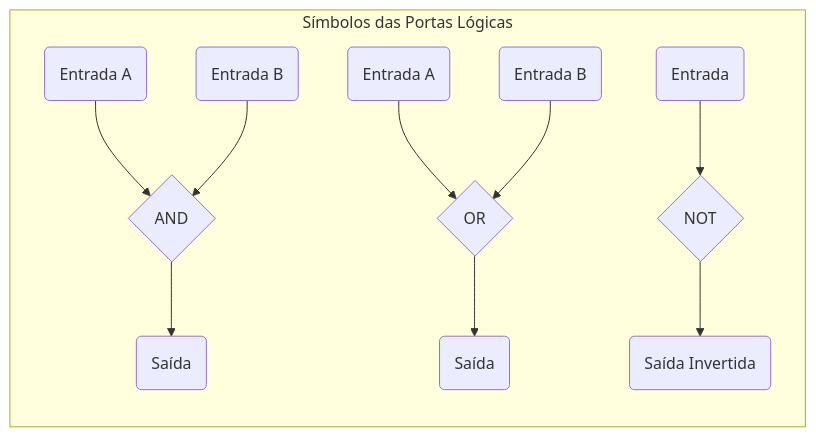
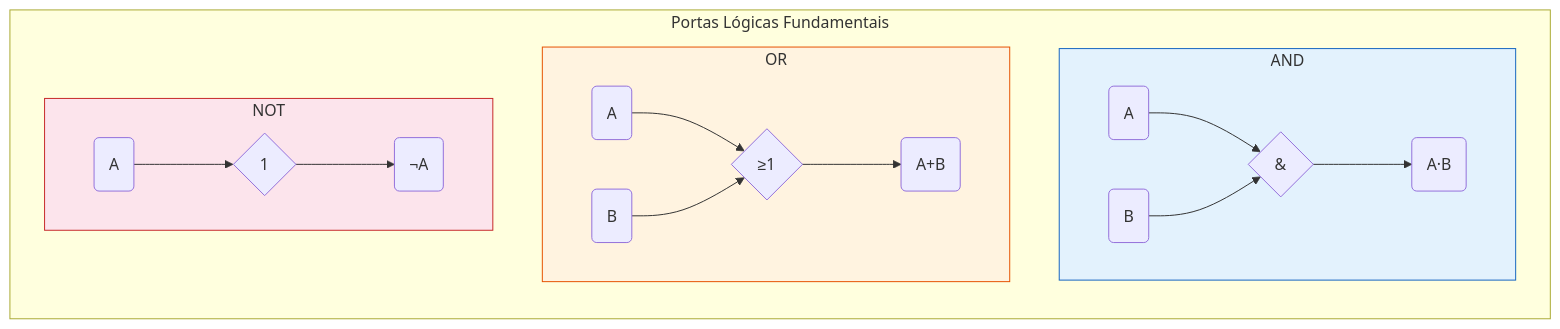
The sixth of 6 diagrams in blog/content/post/histComp02.md (scovl/scovl.github.io), drawn with Mermaid before and after one commit. The commit also changed other lines of this file and 98 other files, not shown here.

````diff
--- a/blog/content/post/histComp02.md
+++ b/blog/content/post/histComp02.md
@@ -140,16 +279,23 @@
 ```mermaid
-graph LR
-    subgraph Símbolos das Portas Lógicas
-    InA1(Entrada A) --> AND{AND}
-    InB1(Entrada B) --> AND
-    AND --> Out1(Saída)
-
-    InA2(Entrada A) --> OR{OR}
-    InB2(Entrada B) --> OR
-    OR --> Out2(Saída)
-    
-    InA3(Entrada) --> NOT{NOT}
-    NOT --> Out3(Saída Invertida)
+flowchart LR
+    subgraph Portas["Portas Lógicas Fundamentais"]
+        subgraph p_and["AND"]
+            A1(A) --> AND{&}
+            B1(B) --> AND
+            AND --> O1(A·B)
+        end
+        subgraph p_or["OR"]
+            A2(A) --> OR{≥1}
+            B2(B) --> OR
+            OR --> O2(A+B)
+        end
+        subgraph p_not["NOT"]
+            A3(A) --> NOT{1}
+            NOT --> O3(¬A)
+        end
     end
 
+    style p_and fill:#e3f2fd,stroke:#1565c0
+    style p_or fill:#fff3e0,stroke:#e65100
+    style p_not fill:#fce4ec,stroke:#c62828
 ```
````
